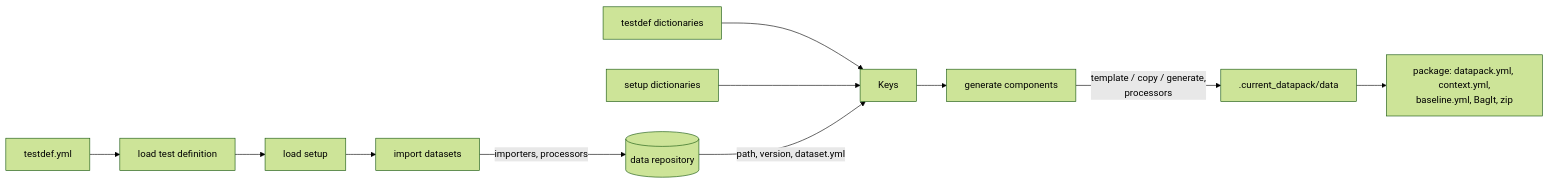
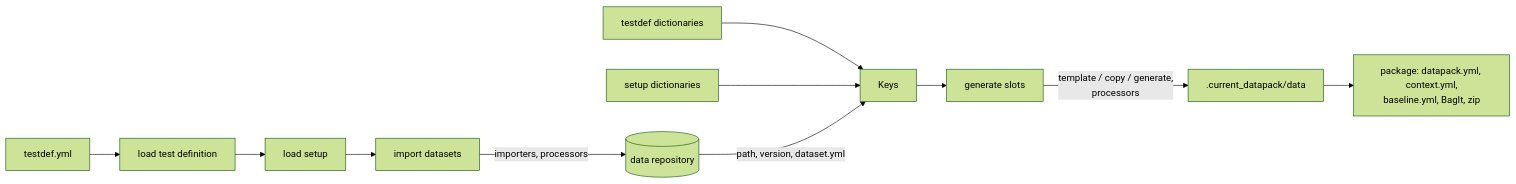
The diagram in src/testsuit/datatools/datapack/README.md (laurentmldev/testsuit), drawn with Mermaid (forest theme) before and after one commit. The commit also changed other lines of this file and 41 other files, not shown here.

First line of the commit message:
Rename datapack components to slots and datapack stages to realms

````diff
--- a/src/testsuit/datatools/datapack/README.md
+++ b/src/testsuit/datatools/datapack/README.md
@@ -168,13 +170,13 @@
 ```mermaid
 flowchart LR
     T[testdef.yml] --> L1[load test definition]
     D1[testdef dictionaries] --> K
     L1 --> L2[load setup]
     D2[setup dictionaries] --> K[Keys]
     L2 --> I[import datasets]
     I -- importers, processors --> R[(data repository)]
     R -- path, version, dataset.yml --> K
-    K --> G[generate components]
+    K --> G[generate slots]
     G -- template / copy / generate,<br/>processors --> W[.current_datapack/data]
     W --> P[package: datapack.yml, context.yml,<br/>baseline.yml, BagIt, zip]
 ```
````
